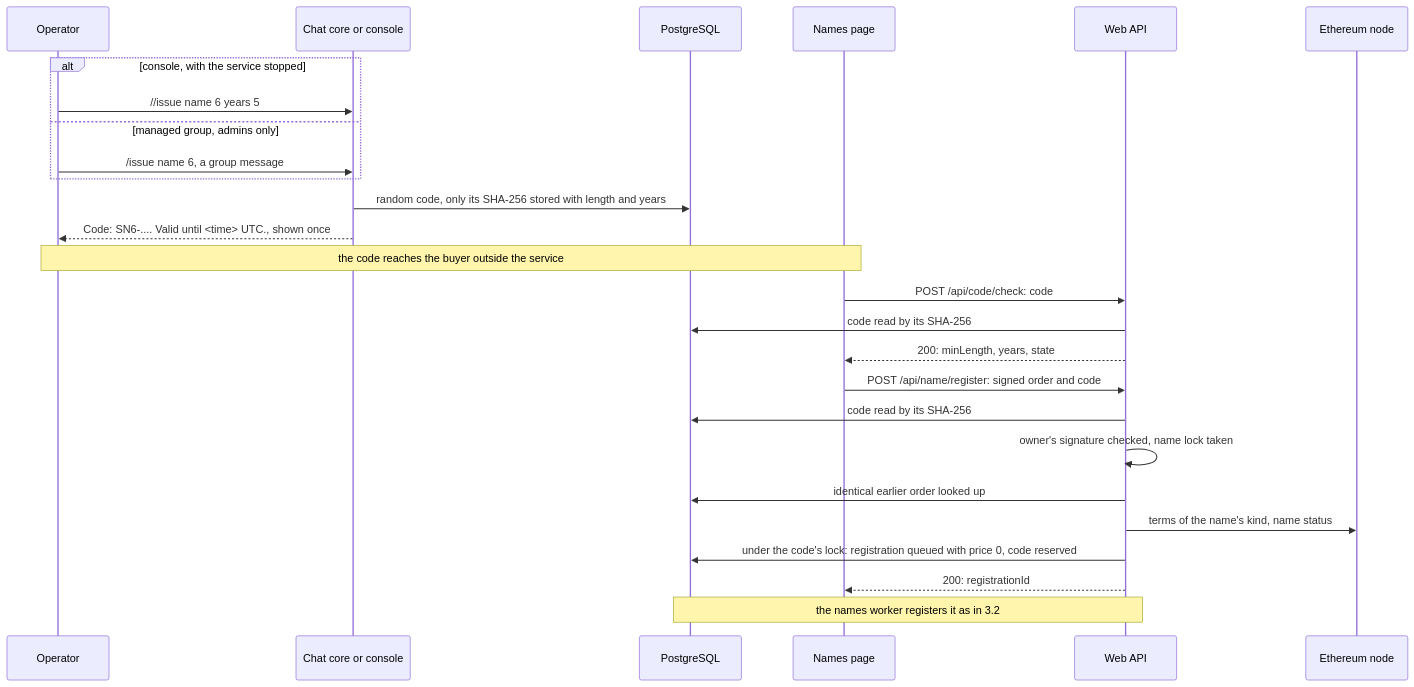
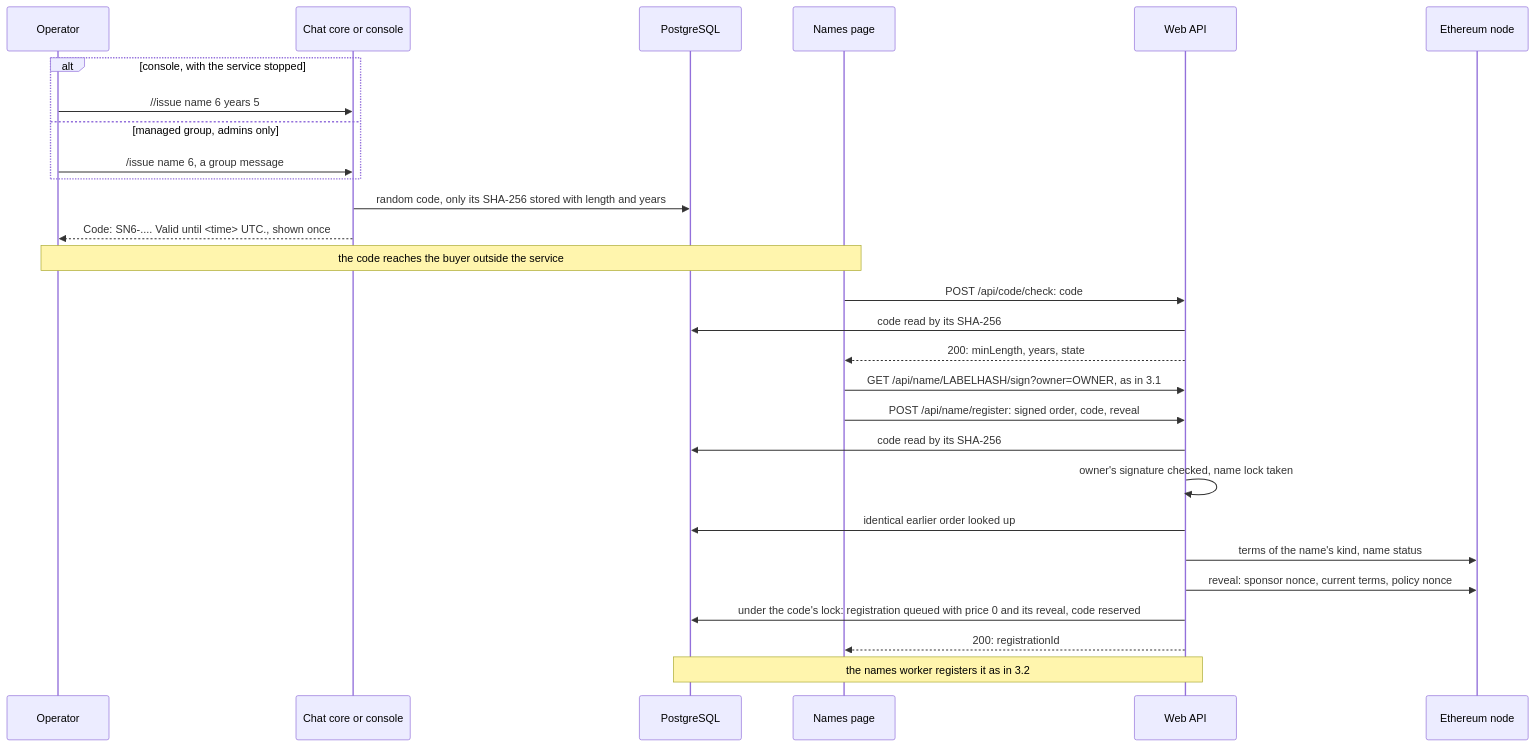
One commit to simplex-chat/simplex-chat changed the fourth of 14 diagrams in apps/simplex-store-service/docs/names.md. Above: the diagram before and after it, drawn with Mermaid. The commit also changed other lines of this file and 27 other files, not shown here.

First line of the commit message:
store: an order includes the owner's signed registration, checked before the invoice, and the service registers the paid name with no page open

````diff
--- a/apps/simplex-store-service/docs/names.md
+++ b/apps/simplex-store-service/docs/names.md
@@ -253,28 +264,30 @@
 ```mermaid
 sequenceDiagram
   participant O as Operator
   participant C as Chat core or console
   participant D as PostgreSQL
   participant P as Names page
   participant W as Web API
   participant E as Ethereum node
   alt console, with the service stopped
     O->>C: //issue name 6 years 5
   else managed group, admins only
     O->>C: /issue name 6, a group message
   end
   C->>D: random code, only its SHA-256 stored with length and years
   C-->>O: Code: SN6-.... Valid until <time> UTC., shown once
   Note over O,P: the code reaches the buyer outside the service
   P->>W: POST /api/code/check: code
   W->>D: code read by its SHA-256
   W-->>P: 200: minLength, years, state
-  P->>W: POST /api/name/register: signed order and code
+  P->>W: GET /api/name/LABELHASH/sign?owner=OWNER, as in 3.1
+  P->>W: POST /api/name/register: signed order, code, reveal
   W->>D: code read by its SHA-256
   W->>W: owner's signature checked, name lock taken
   W->>D: identical earlier order looked up
   W->>E: terms of the name's kind, name status
-  W->>D: under the code's lock: registration queued with price 0, code reserved
+  W->>E: reveal: sponsor nonce, current terms, policy nonce
+  W->>D: under the code's lock: registration queued with price 0 and its reveal, code reserved
   W-->>P: 200: registrationId
   Note over W,D: the names worker registers it as in 3.2
 ```
````
